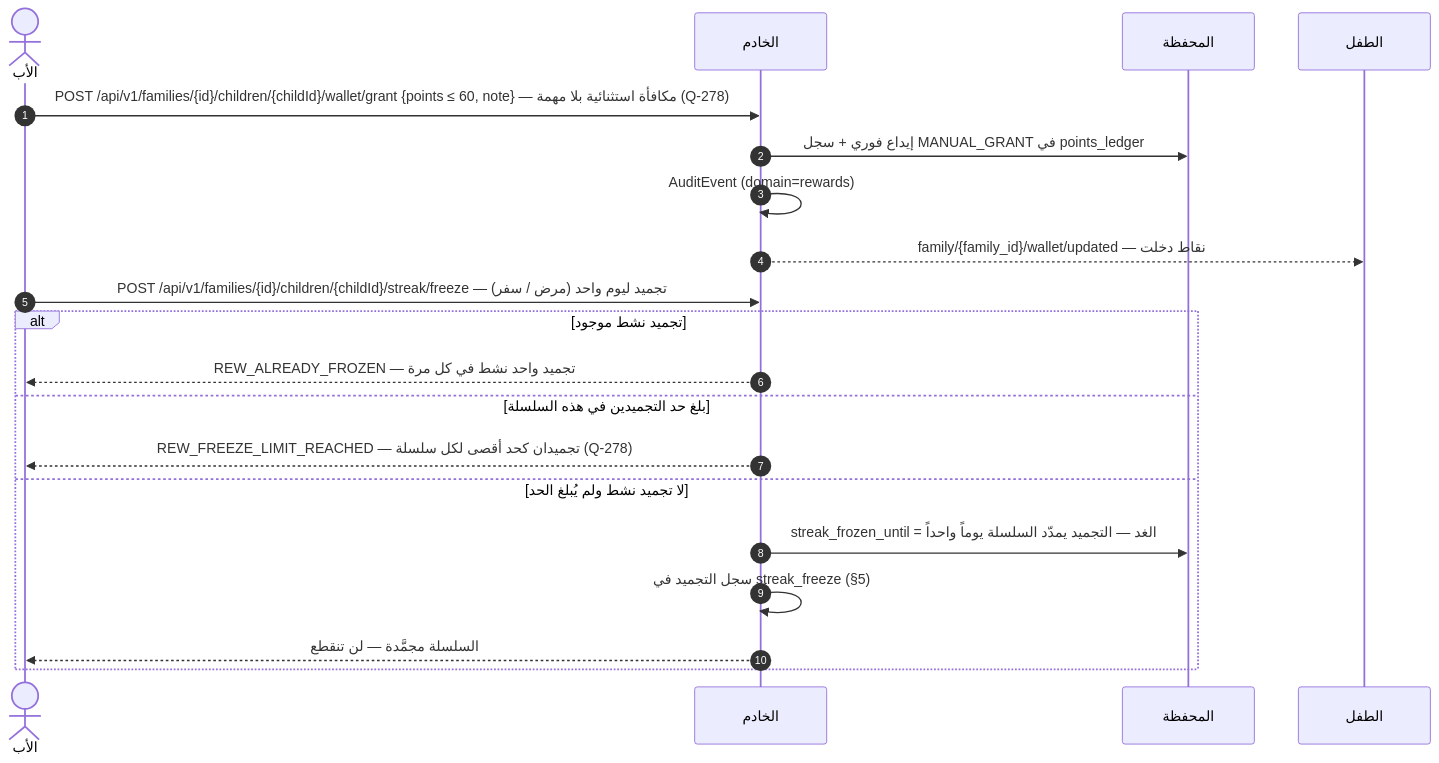
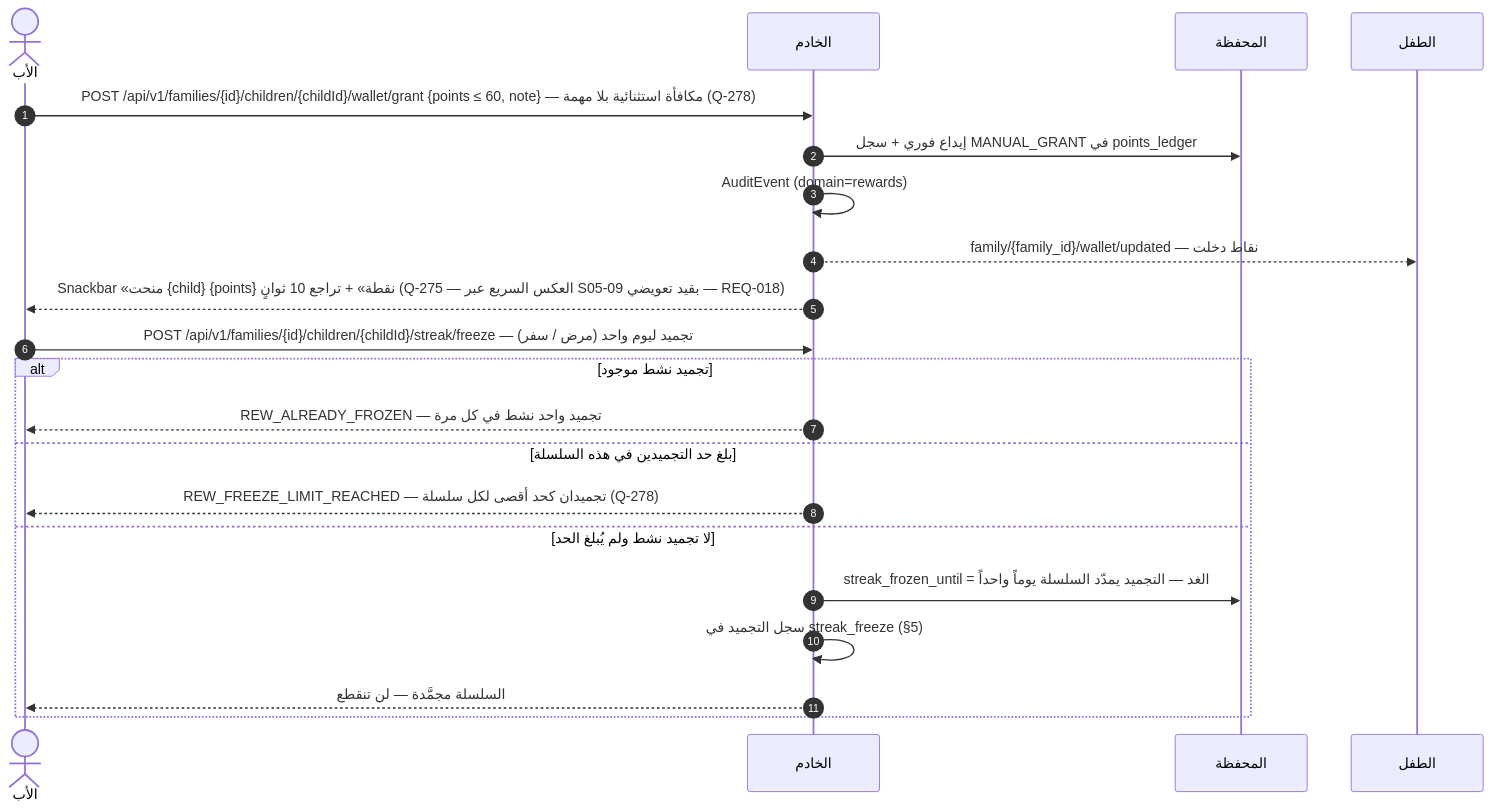
One commit to Bassam-mohammed-alqaeadi/family-os-v2 changed the sixth of 12 diagrams in docs/family-os/governance/phases/phase-1/S1-05-rewards-children/DIAGRAMS.md. Above: the diagram before and after it, drawn with Mermaid. The commit also changed other lines of this file, not shown here.

Commit message:
S1-05 DIAGRAMS: إصلاحات D-2 — سعر الصرف 1:1 للأبد في المرحلة 1 (Q-111 · Q-279)؛ Snackbar تراجع 10 ثوانٍ بعد المنح اليدوي في 3-د (Q-275 — REQ-018)؛ AI مدخل تحقق منقط لا مصدر كسب (AI -.-> UC11)

````diff
--- a/docs/family-os/governance/phases/phase-1/S1-05-rewards-children/DIAGRAMS.md
+++ b/docs/family-os/governance/phases/phase-1/S1-05-rewards-children/DIAGRAMS.md
@@ -318,22 +318,23 @@
 ```mermaid
 sequenceDiagram
     autonumber
     actor Father as الأب
     participant Ktor as الخادم
     participant Wallet as المحفظة
     participant Child as الطفل
     Father->>Ktor: POST /api/v1/families/{id}/children/{childId}/wallet/grant {points ≤ 60, note} — مكافأة استثنائية بلا مهمة (Q-278)
     Ktor->>Wallet: إيداع فوري + سجل MANUAL_GRANT في points_ledger
     Ktor->>Ktor: AuditEvent (domain=rewards)
     Ktor-->>Child: family/{family_id}/wallet/updated — نقاط دخلت
+    Ktor-->>Father: Snackbar «منحت {child} {points} نقطة» + تراجع 10 ثوانٍ (Q-275 — العكس السريع عبر S05-09 بقيد تعويضي — REQ-018)
     Father->>Ktor: POST /api/v1/families/{id}/children/{childId}/streak/freeze — تجميد ليوم واحد (مرض / سفر)
     alt تجميد نشط موجود
         Ktor-->>Father: REW_ALREADY_FROZEN — تجميد واحد نشط في كل مرة
     else بلغ حد التجميدين في هذه السلسلة
         Ktor-->>Father: REW_FREEZE_LIMIT_REACHED — تجميدان كحد أقصى لكل سلسلة (Q-278)
     else لا تجميد نشط ولم يُبلغ الحد
         Ktor->>Wallet: streak_frozen_until = الغد — التجميد يمدّد السلسلة يوماً واحداً
         Ktor->>Ktor: سجل التجميد في streak_freeze (§5)
         Ktor-->>Father: السلسلة مجمَّدة — لن تنقطع
     end
 ```
````
